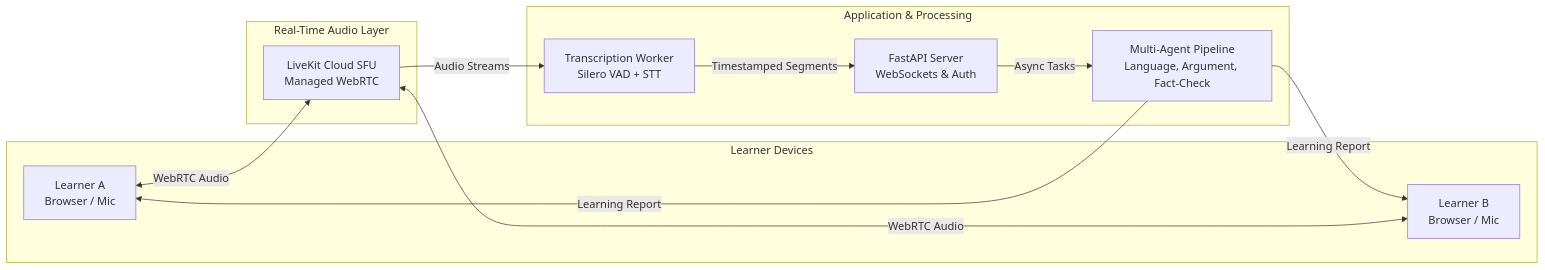
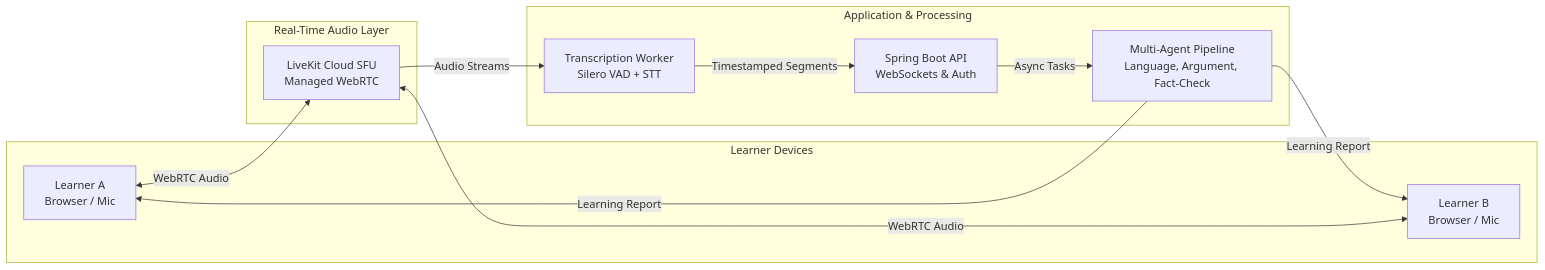
One commit to nguyendinhthienloc/DebateSpeak changed the diagram in README.md. Above: the diagram before and after it, drawn with Mermaid. The commit also changed other lines of this file and 35 other files, not shown here.

````diff
--- a/README.md
+++ b/README.md
@@ -19,25 +19,25 @@
 ```mermaid
 graph LR
     subgraph Client ["Learner Devices"]
         UserA["Learner A<br/>Browser / Mic"]
         UserB["Learner B<br/>Browser / Mic"]
     end
 
     subgraph Media ["Real-Time Audio Layer"]
         LiveKit["LiveKit Cloud SFU<br/>Managed WebRTC"]
     end
 
     subgraph Backend ["Application & Processing"]
-        API["FastAPI Server<br/>WebSockets & Auth"]
+        API["Spring Boot API<br/>WebSockets & Auth"]
         Worker["Transcription Worker<br/>Silero VAD + STT"]
         Agents["Multi-Agent Pipeline<br/>Language, Argument, Fact-Check"]
     end
 
     UserA <-->|WebRTC Audio| LiveKit
     UserB <-->|WebRTC Audio| LiveKit
     LiveKit -->|Audio Streams| Worker
     Worker -->|Timestamped Segments| API
     API -->|Async Tasks| Agents
     Agents -->|Learning Report| UserA
     Agents -->|Learning Report| UserB
 ```
````
